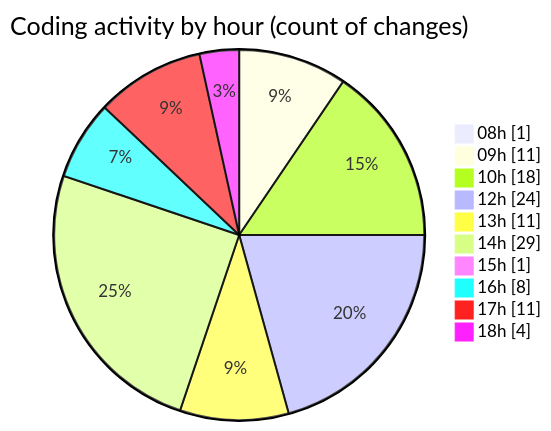
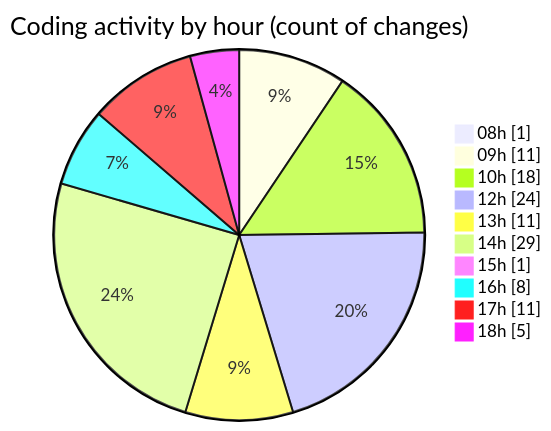
Before and after one commit to momahboobian/code-tracking: the second of 2 diagrams in 2026-04-14/cda/README.md, drawn with Mermaid. The commit also changed other lines of this file and 1 other file, not shown here.

````diff
--- a/2026-04-14/cda/README.md
+++ b/2026-04-14/cda/README.md
@@ -64,14 +64,14 @@
 ```mermaid
 pie showData
 title Coding activity by hour (count of changes)
 "08h" : 1
 "09h" : 11
 "10h" : 18
 "12h" : 24
 "13h" : 11
 "14h" : 29
 "15h" : 1
 "16h" : 8
 "17h" : 11
-"18h" : 4
+"18h" : 5
 ```
````
